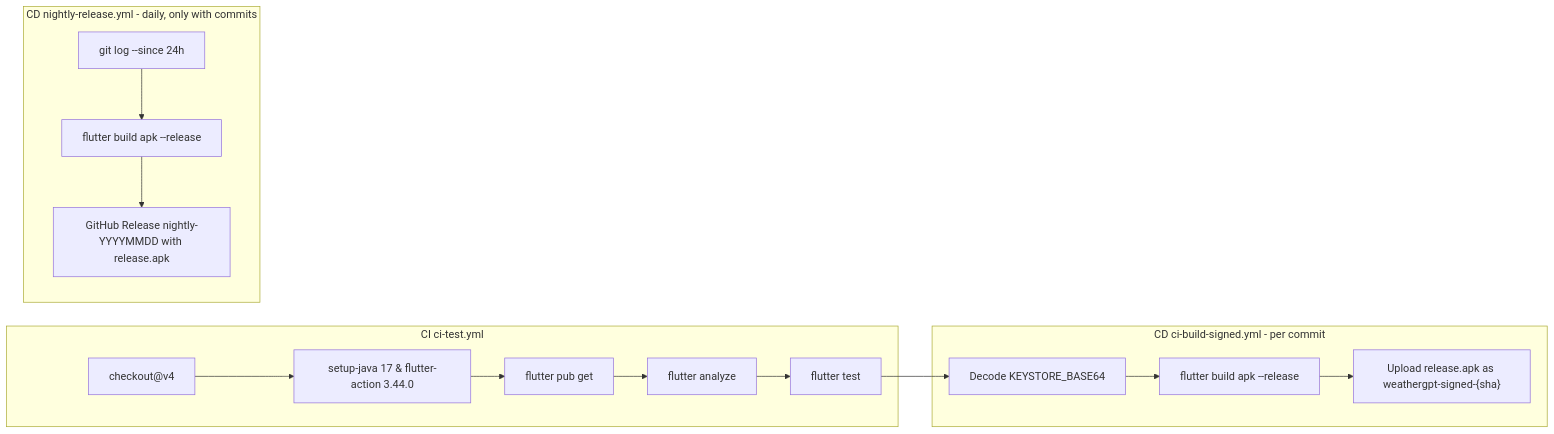
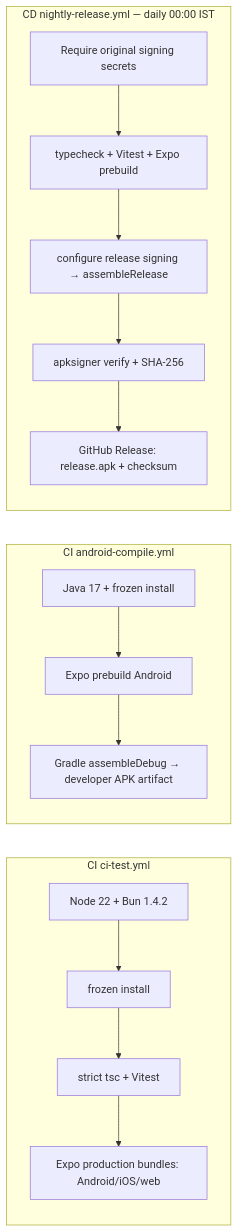
Before and after one commit to omsenjalia/weathergpt-app: the sixth of 7 diagrams in ARCHITECTURE.md, drawn with Mermaid. The commit also changed other lines of this file and 47 other files, not shown here.

Commit message:
Fix React Native migration regressions and restore signed nightly Android releases (#35)

````diff
--- a/ARCHITECTURE.md
+++ b/ARCHITECTURE.md
@@ -679,18 +702,18 @@
 ```mermaid
 graph LR
     subgraph "CI ci-test.yml"
-        T1["checkout@v4"] --> T2["setup-java 17 & flutter-action 3.44.0"]
-        T2 --> T3["flutter pub get"]
-        T3 --> T4["flutter analyze"]
-        T4 --> T5["flutter test"]
+        T1["Node 22 + Bun 1.4.2"] --> T2["frozen install"]
+        T2 --> T3["strict tsc + Vitest"]
+        T3 --> T4["Expo production bundles: Android/iOS/web"]
     end
-    subgraph "CD ci-build-signed.yml - per commit"
-        B1["Decode KEYSTORE_BASE64"] --> B2["flutter build apk --release"]
-        B2 --> B4["Upload release.apk as weathergpt-signed-{sha}"]
+    subgraph "CI android-compile.yml"
+        A1["Java 17 + frozen install"] --> A2["Expo prebuild Android"]
+        A2 --> A3["Gradle assembleDebug → developer APK artifact"]
     end
-    subgraph "CD nightly-release.yml - daily, only with commits"
-        N1["git log --since 24h"] --> N2["flutter build apk --release"]
-        N2 --> N3["GitHub Release nightly-YYYYMMDD with release.apk"]
+    subgraph "CD nightly-release.yml — daily 00:00 IST"
+        N1["Require original signing secrets"] --> N2["typecheck + Vitest + Expo prebuild"]
+        N2 --> N3["configure release signing → assembleRelease"]
+        N3 --> N4["apksigner verify + SHA-256"]
+        N4 --> N5["GitHub Release: release.apk + checksum"]
     end
-    T5 --> B1
 ```
````
